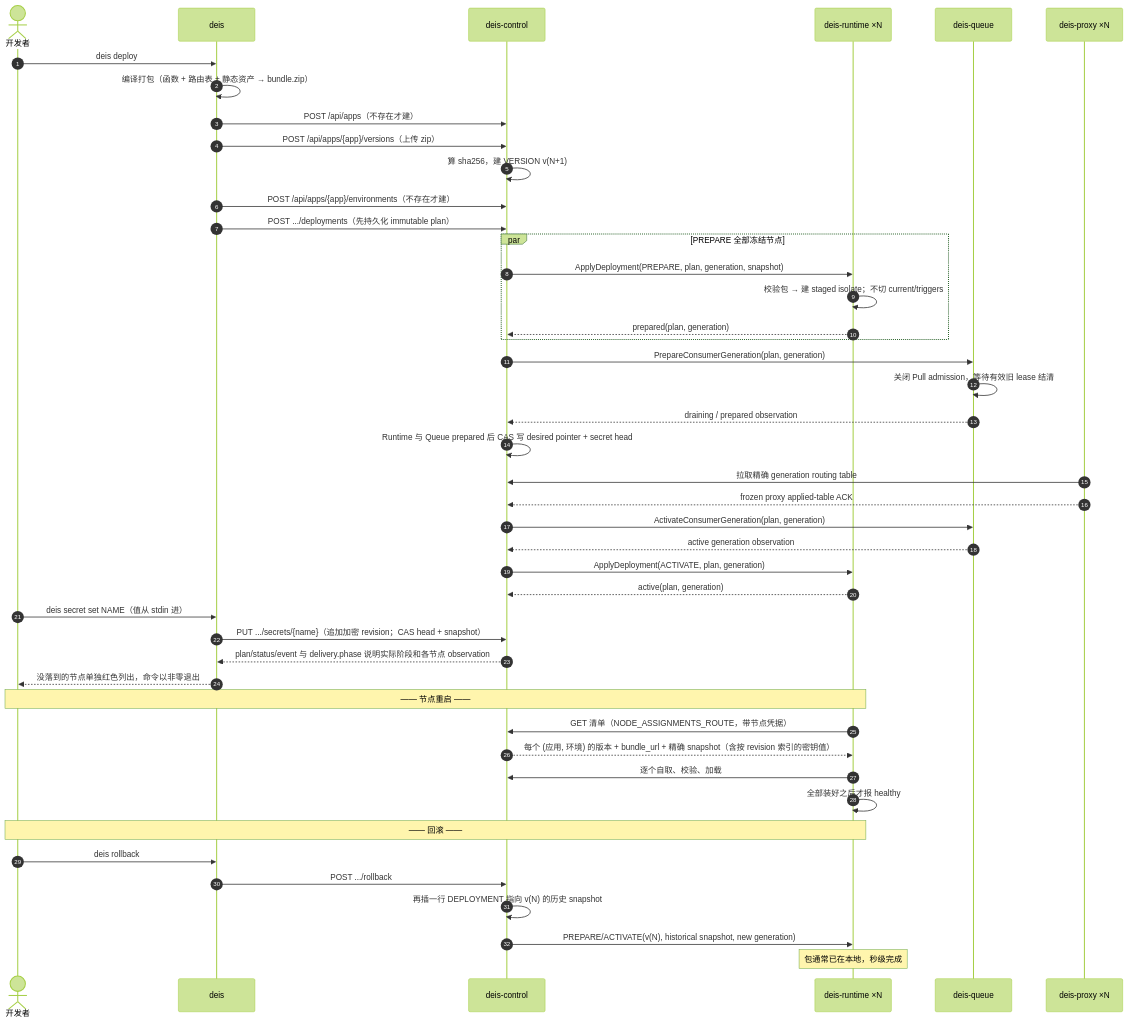
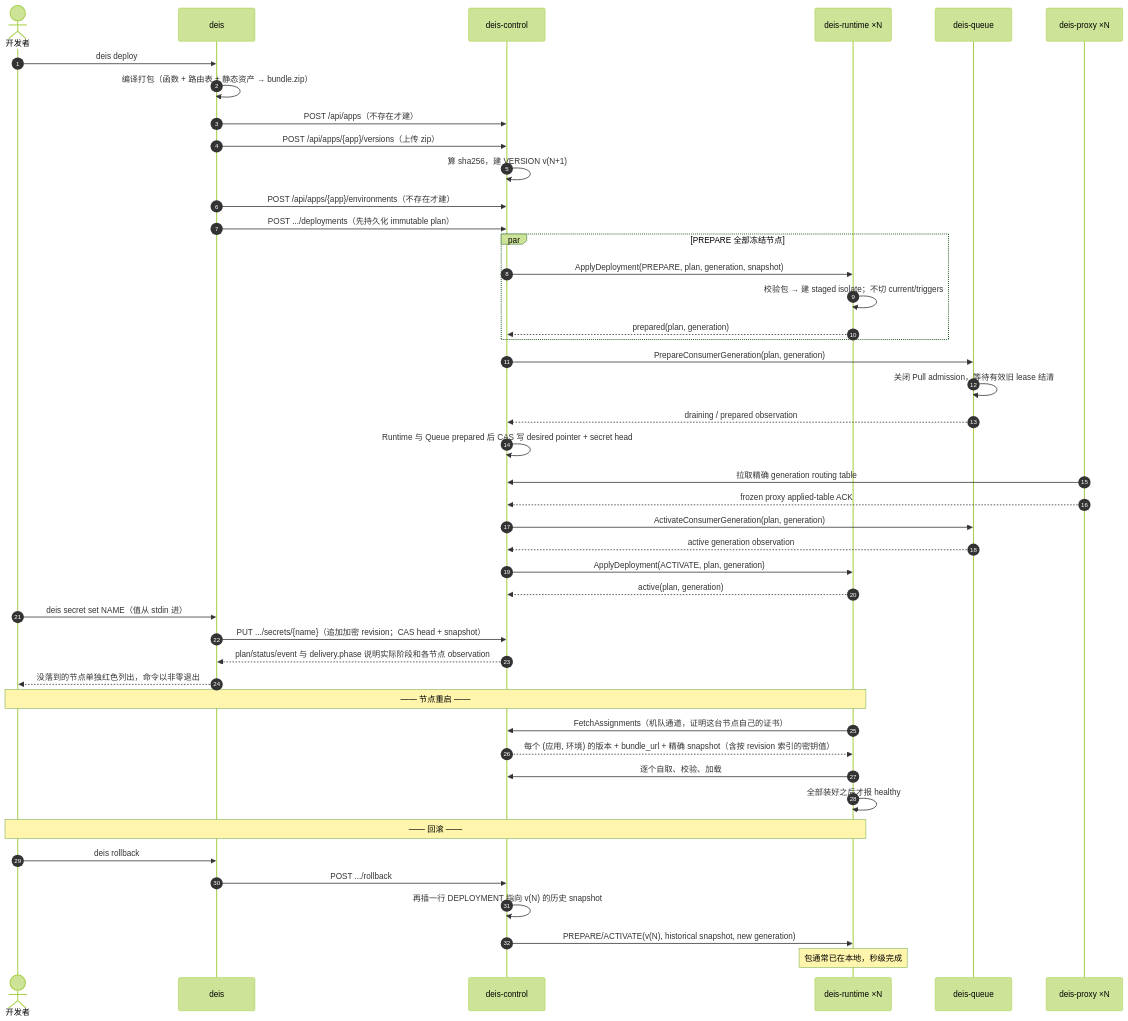
One commit to deislet/deislet changed the third of 6 diagrams in docs/architecture.zh.md. Above: the diagram before and after it, drawn with Mermaid (forest theme). The commit also changed other lines of this file and 15 other files, not shown here.

````diff
--- a/docs/architecture.zh.md
+++ b/docs/architecture.zh.md
@@ -243,51 +244,51 @@
 ```mermaid
 sequenceDiagram
     autonumber
     actor Dev as 开发者
     participant CLI as deis
     participant R as deis-control
     participant X as deis-runtime ×N
     participant Q as deis-queue
     participant P as deis-proxy ×N
 
     Dev->>CLI: deis deploy
     CLI->>CLI: 编译打包（函数 + 路由表 + 静态资产 → bundle.zip）
     CLI->>R: POST /api/apps（不存在才建）
     CLI->>R: POST /api/apps/{app}/versions（上传 zip）
     R->>R: 算 sha256，建 VERSION v(N+1)
     CLI->>R: POST /api/apps/{app}/environments（不存在才建）
     CLI->>R: POST .../deployments（先持久化 immutable plan）
     par PREPARE 全部冻结节点
         R->>X: ApplyDeployment(PREPARE, plan, generation, snapshot)
         X->>X: 校验包 → 建 staged isolate；不切 current/triggers
         X-->>R: prepared(plan, generation)
     end
     R->>Q: PrepareConsumerGeneration(plan, generation)
     Q->>Q: 关闭 Pull admission，等待有效旧 lease 结清
     Q-->>R: draining / prepared observation
     R->>R: Runtime 与 Queue prepared 后 CAS 写 desired pointer + secret head
     P->>R: 拉取精确 generation routing table
     P-->>R: frozen proxy applied-table ACK
     R->>Q: ActivateConsumerGeneration(plan, generation)
     Q-->>R: active generation observation
     R->>X: ApplyDeployment(ACTIVATE, plan, generation)
     X-->>R: active(plan, generation)
     Dev->>CLI: deis secret set NAME（值从 stdin 进）
     CLI->>R: PUT .../secrets/{name}（追加加密 revision；CAS head + snapshot）
 
     R-->>CLI: plan/status/event 与 delivery.phase 说明实际阶段和各节点 observation
     CLI-->>Dev: 没落到的节点单独红色列出，命令以非零退出
 
     Note over Dev,X: —— 节点重启 ——
-    X->>R: GET 清单（NODE_ASSIGNMENTS_ROUTE，带节点凭据）
+    X->>R: FetchAssignments（机队通道，证明这台节点自己的证书）
     R-->>X: 每个 (应用, 环境) 的版本 + bundle_url + 精确 snapshot（含按 revision 索引的密钥值）
     X->>R: 逐个自取、校验、加载
     X->>X: 全部装好之后才报 healthy
 
     Note over Dev,X: —— 回滚 ——
     Dev->>CLI: deis rollback
     CLI->>R: POST .../rollback
     R->>R: 再插一行 DEPLOYMENT 指向 v(N) 的历史 snapshot
     R->>X: PREPARE/ACTIVATE(v(N), historical snapshot, new generation)
     Note over X: 包通常已在本地，秒级完成
 ```
````
